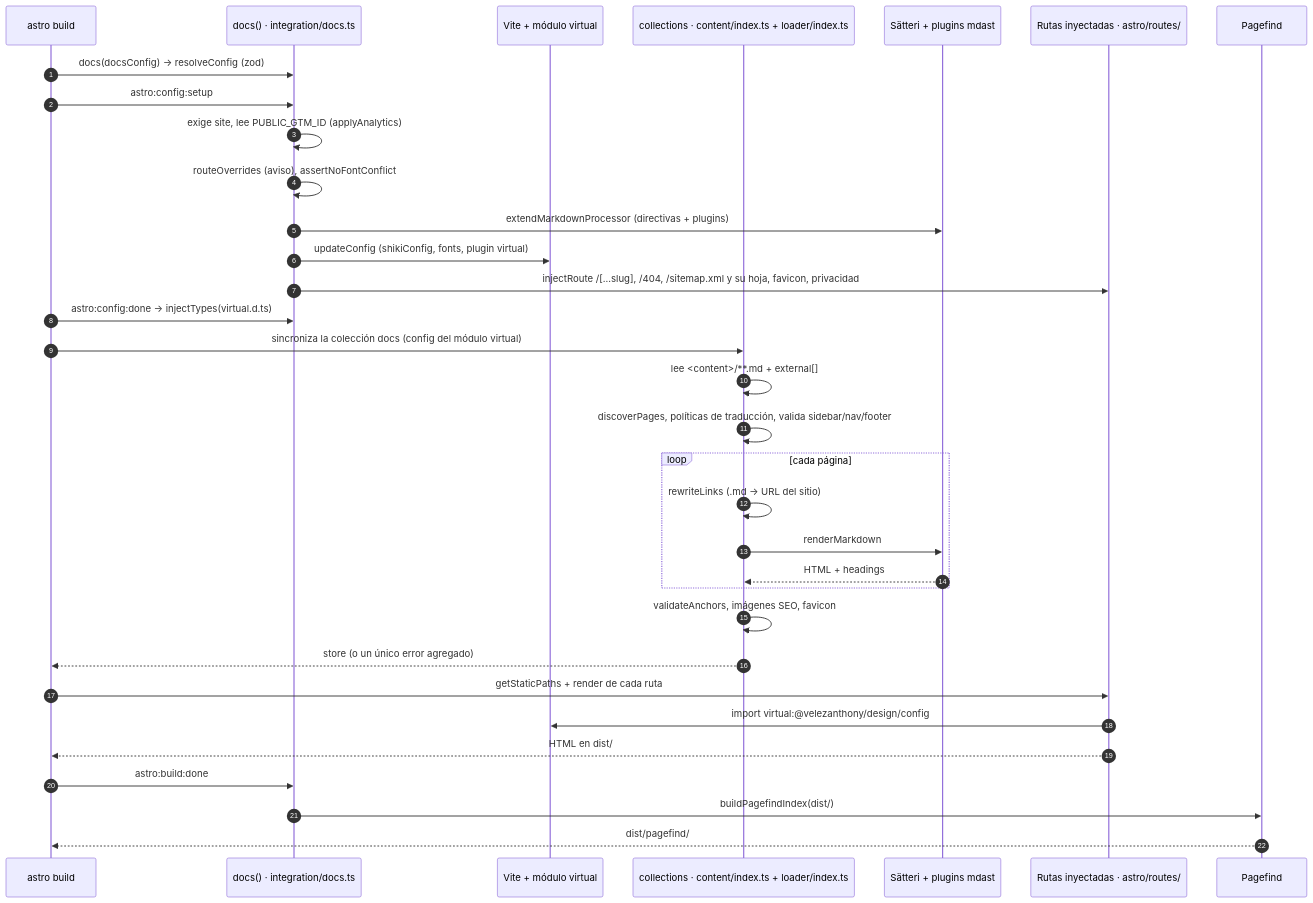
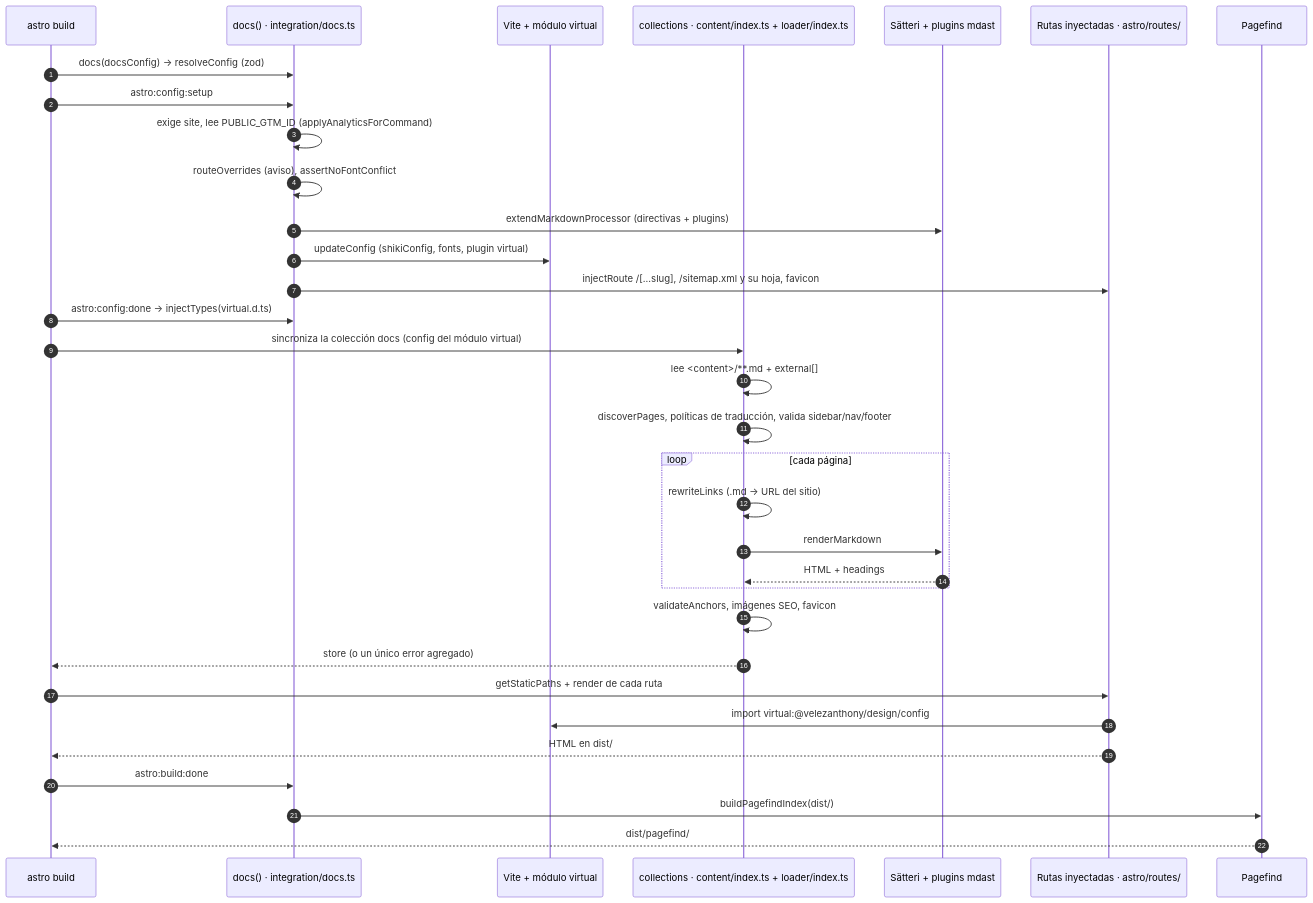
Before and after one commit to velezanthony/design: the first of 2 diagrams in docs/src/content/docs/integracion/por-dentro.md, drawn with Mermaid. The commit also changed other lines of this file and 12 other files, not shown here.

First line of the commit message:
docs!: document that the 404 and privacy pages belong to the site, and that analytics needs privacyUrl

````diff
--- a/docs/src/content/docs/integracion/por-dentro.md
+++ b/docs/src/content/docs/integracion/por-dentro.md
@@ -32,36 +32,36 @@
 ```mermaid
 sequenceDiagram
   autonumber
   participant CLI as astro build
   participant Int as docs() · integration/docs.ts
   participant Vite as Vite + módulo virtual
   participant Ldr as collections · content/index.ts + loader/index.ts
   participant MD as Sätteri + plugins mdast
   participant Rt as Rutas inyectadas · astro/routes/
   participant PF as Pagefind
 
   CLI->>Int: docs(docsConfig) → resolveConfig (zod)
   CLI->>Int: astro:config:setup
-  Int->>Int: exige site, lee PUBLIC_GTM_ID (applyAnalytics)
+  Int->>Int: exige site, lee PUBLIC_GTM_ID (applyAnalyticsForCommand)
   Int->>Int: routeOverrides (aviso), assertNoFontConflict
   Int->>MD: extendMarkdownProcessor (directivas + plugins)
   Int->>Vite: updateConfig (shikiConfig, fonts, plugin virtual)
-  Int->>Rt: injectRoute /[...slug], /404, /sitemap.xml y su hoja, favicon, privacidad
+  Int->>Rt: injectRoute /[...slug], /sitemap.xml y su hoja, favicon
   CLI->>Int: astro:config:done → injectTypes(virtual.d.ts)
   CLI->>Ldr: sincroniza la colección docs (config del módulo virtual)
   Ldr->>Ldr: lee <content>/**.md + external[]
   Ldr->>Ldr: discoverPages, políticas de traducción, valida sidebar/nav/footer
   loop cada página
     Ldr->>Ldr: rewriteLinks (.md → URL del sitio)
     Ldr->>MD: renderMarkdown
     MD-->>Ldr: HTML + headings
   end
   Ldr->>Ldr: validateAnchors, imágenes SEO, favicon
   Ldr-->>CLI: store (o un único error agregado)
   CLI->>Rt: getStaticPaths + render de cada ruta
   Rt->>Vite: import virtual:@velezanthony/design/config
   Rt-->>CLI: HTML en dist/
   CLI->>Int: astro:build:done
   Int->>PF: buildPagefindIndex(dist/)
   PF-->>CLI: dist/pagefind/
 ```
````
